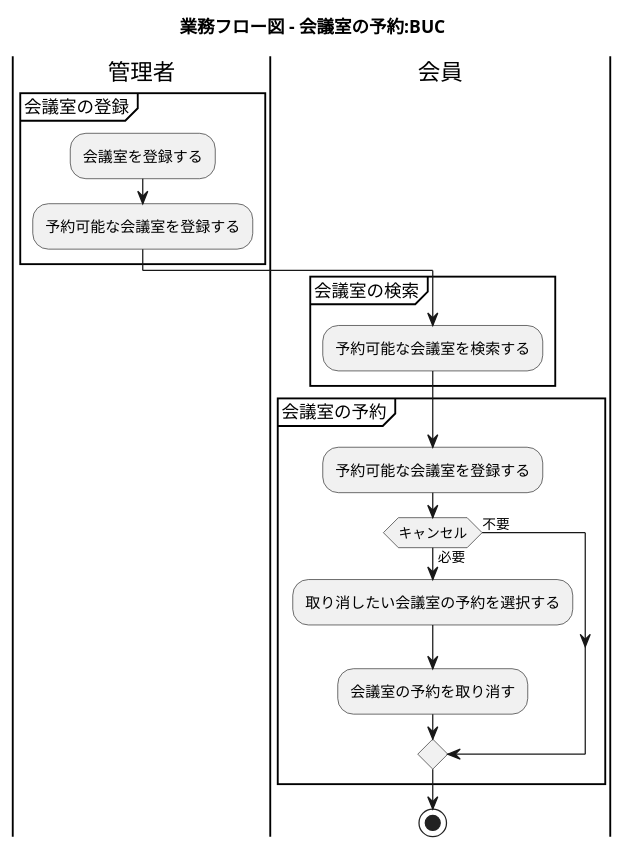
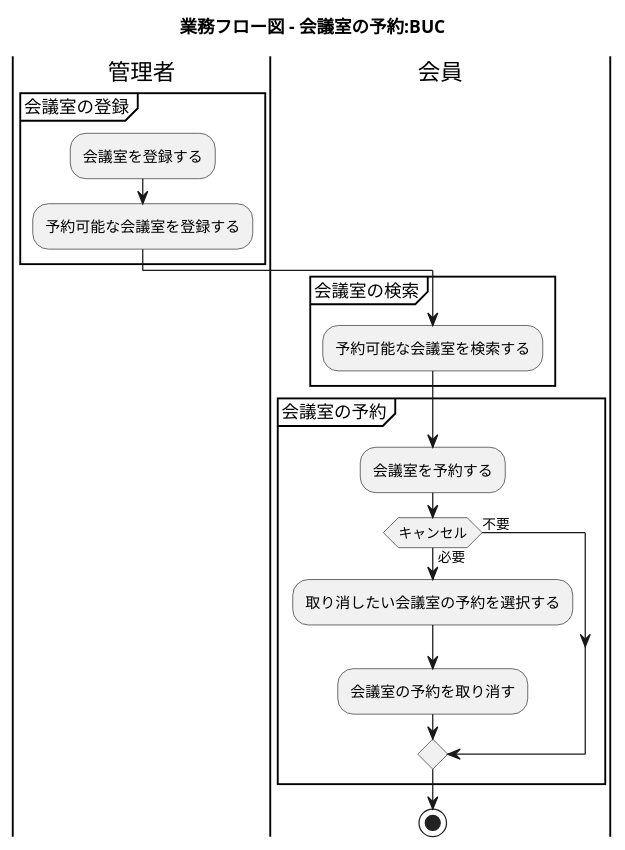
Before and after one commit to k2works/case-study-mrs: the sixth of 23 diagrams in docs/index.adoc, drawn with PlantUML. The commit also changed 10 other files, not shown here.

```diff
--- a/docs/index.adoc
+++ b/docs/index.adoc
@@ -197,30 +197,30 @@
 [plantuml]
 ----
 @startuml
 
 title 業務フロー図 - 会議室の予約:BUC
 
 |管理者|
 partition 会議室の登録 {
   :会議室を登録する;
   :予約可能な会議室を登録する;
 }
 
 |会員|
 partition 会議室の検索 {
   :予約可能な会議室を検索する;
 }
 
 partition 会議室の予約 {
-  :予約可能な会議室を登録する;
+  :会議室を予約する;
    if (キャンセル) then (必要)
     :取り消したい会議室の予約を選択する;
     :会議室の予約を取り消す;
    else (不要)
    endif
 }
 
 stop
 
 @enduml
 ----
```
